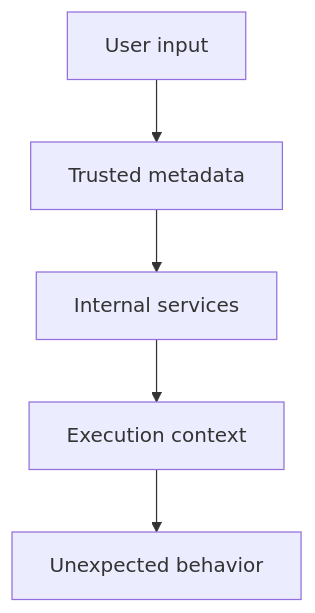
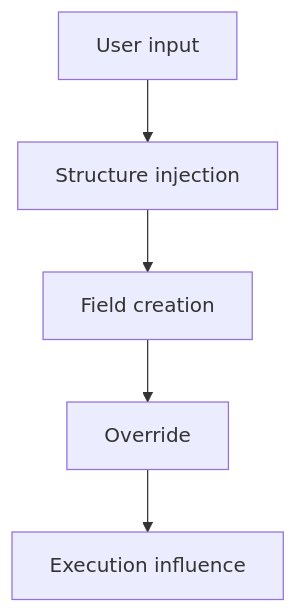
The third of 3 diagrams in cve/github/CVE-2026-3854.md (pullsec/hugo-content), drawn with Mermaid before and after one commit. The commit also changed other lines of this file, not shown here.

````diff
--- a/cve/github/CVE-2026-3854.md
+++ b/cve/github/CVE-2026-3854.md
@@ -144,8 +223,8 @@
 ```mermaid
 flowchart TD
     A["User input"]
-        --> B["Trusted metadata"]
-        --> C["Internal services"]
-        --> D["Execution context"]
-        --> E["Unexpected behavior"]
+        --> B["Structure injection"]
+        --> C["Field creation"]
+        --> D["Override"]
+        --> E["Execution influence"]
 ```
````
